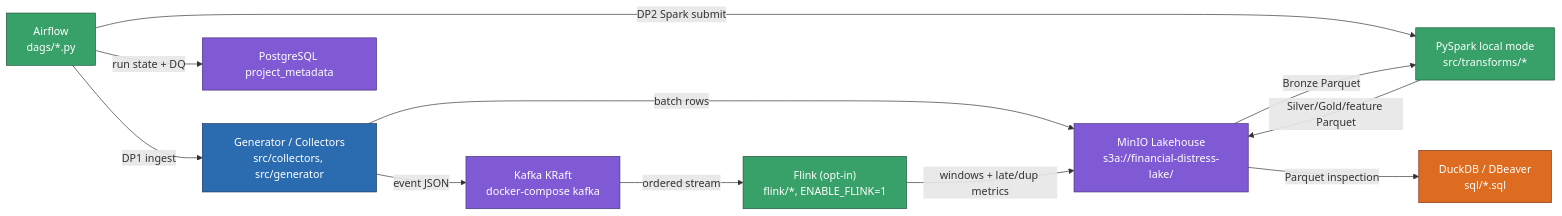
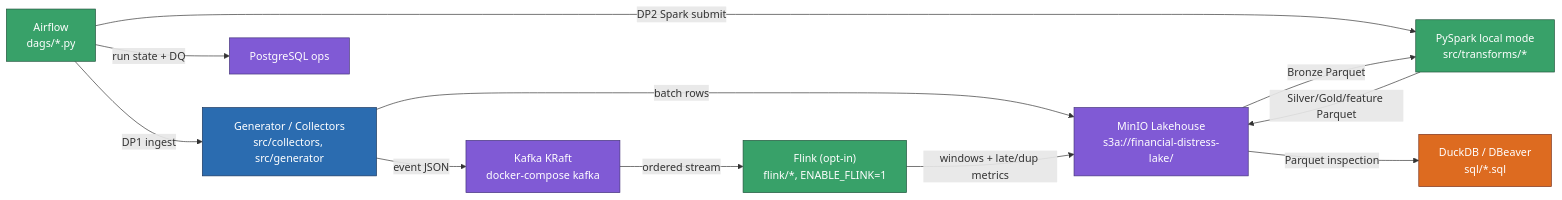
The diagram in docs/submission/rubric-(mini-coursework)/readme_business_domain.md (emanhthangngot/Financial-Distress-Data), drawn with Mermaid before and after one commit. The commit also changed other lines of this file and 375 other files, not shown here.

````diff
--- a/docs/submission/rubric-(mini-coursework)/readme_business_domain.md
+++ b/docs/submission/rubric-(mini-coursework)/readme_business_domain.md
@@ -37,28 +37,28 @@
 ```mermaid
 flowchart LR
     classDef edge fill:#2b6cb0,stroke:#1a365d,color:#fff
     classDef service fill:#38a169,stroke:#22543d,color:#fff
     classDef store fill:#805ad5,stroke:#44337a,color:#fff
     classDef model fill:#d69e2e,stroke:#744210,color:#fff
     classDef result fill:#dd6b20,stroke:#7b341e,color:#fff
 
     GEN["Generator / Collectors<br/>src/collectors, src/generator"]:::edge
     KAFKA["Kafka KRaft<br/>docker-compose kafka"]:::store
     AIRFLOW["Airflow<br/>dags/*.py"]:::service
     SPARK["PySpark local mode<br/>src/transforms/*"]:::service
     FLINK["Flink (opt-in)<br/>flink/*, ENABLE_FLINK=1"]:::service
     MINIO["MinIO Lakehouse<br/>s3a://financial-distress-lake/"]:::store
-    POSTGRES["PostgreSQL project_metadata"]:::store
+    POSTGRES["PostgreSQL ops"]:::store
     DUCKDB["DuckDB / DBeaver<br/>sql/*.sql"]:::result
 
     GEN -->|"batch rows"| MINIO
     GEN -->|"event JSON"| KAFKA
     AIRFLOW -->|"DP1 ingest"| GEN
     KAFKA -->|"ordered stream"| FLINK
     FLINK -->|"windows + late/dup metrics"| MINIO
     AIRFLOW -->|"DP2 Spark submit"| SPARK
     MINIO -->|"Bronze Parquet"| SPARK
     SPARK -->|"Silver/Gold/feature Parquet"| MINIO
     AIRFLOW -->|"run state + DQ"| POSTGRES
     MINIO -->|"Parquet inspection"| DUCKDB
 ```
````
